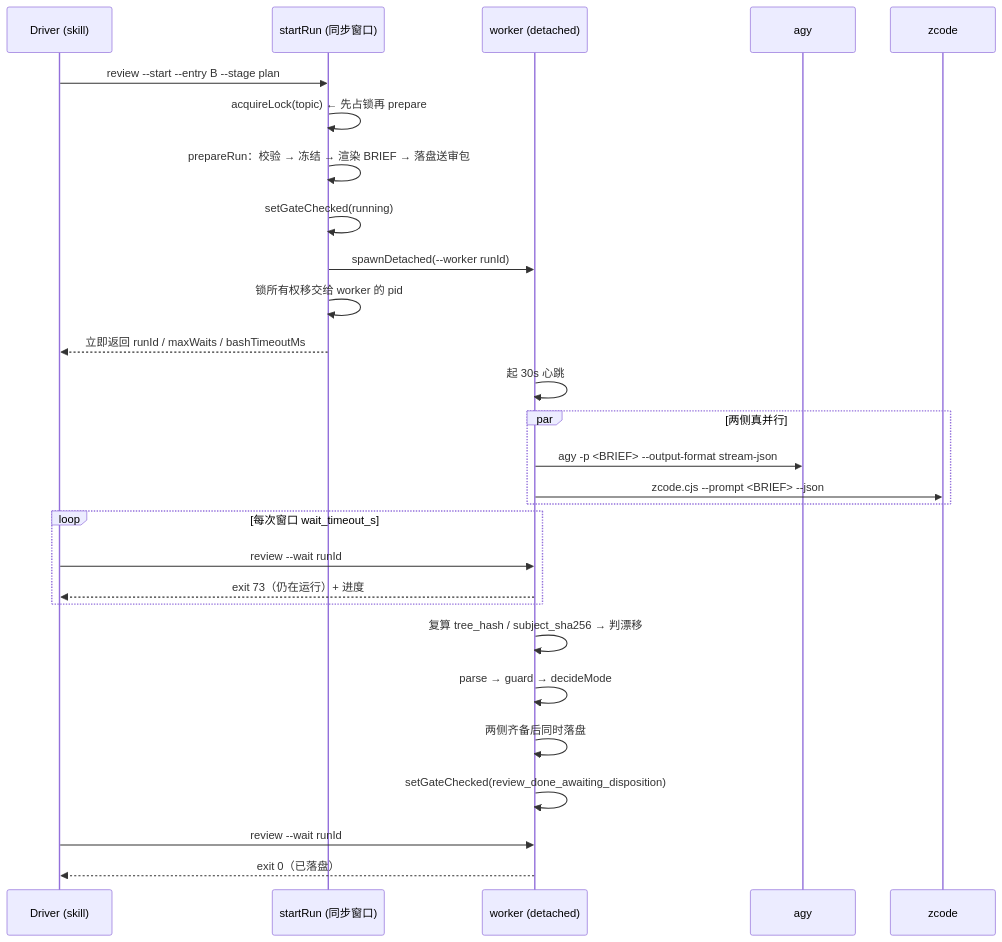
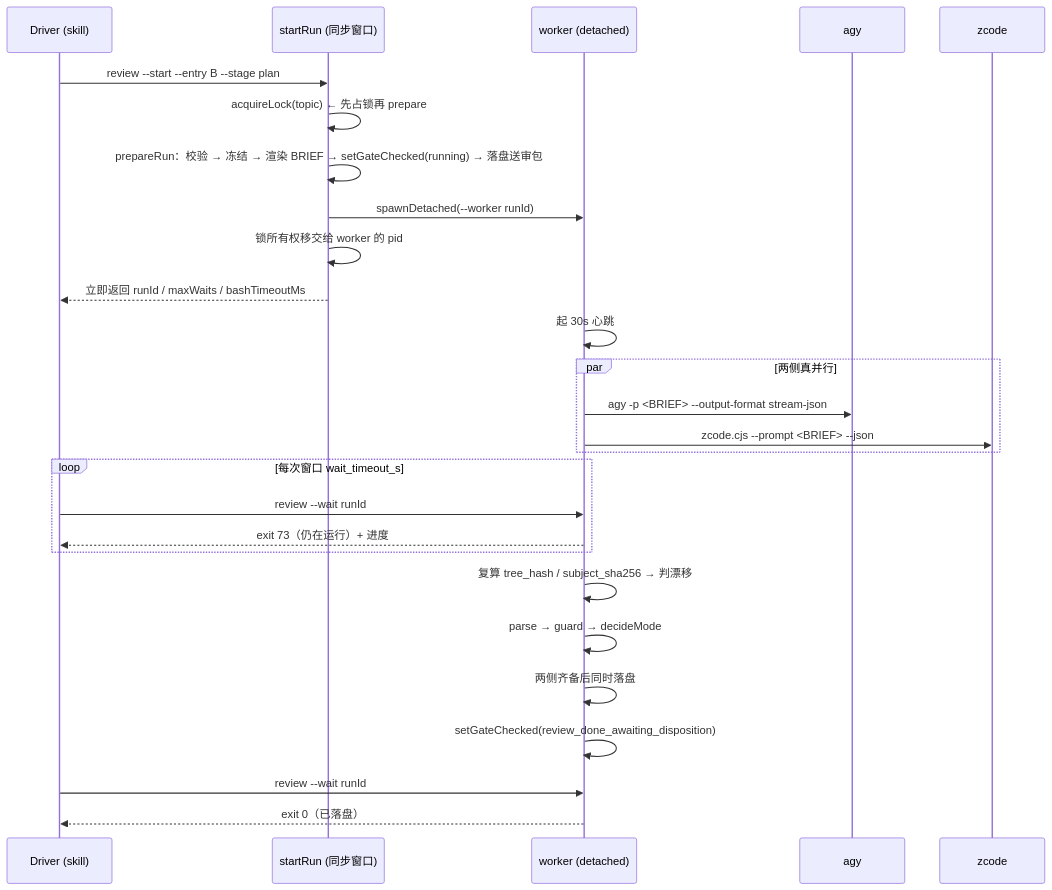
The second of 3 diagrams in doc/02_design/LLD_orchestrator.md (striver2006/TriviumCode), drawn with Mermaid before and after one commit. The commit also changed other lines of this file and 41 other files, not shown here.

````diff
--- a/doc/02_design/LLD_orchestrator.md
+++ b/doc/02_design/LLD_orchestrator.md
@@ -193,31 +194,30 @@
 ```mermaid
 sequenceDiagram
     participant D as Driver (skill)
     participant S as startRun (同步窗口)
     participant W as worker (detached)
     participant A as agy
     participant Z as zcode
 
     D->>S: review --start --entry B --stage plan
     S->>S: acquireLock(topic)  ← 先占锁再 prepare
-    S->>S: prepareRun：校验 → 冻结 → 渲染 BRIEF → 落盘送审包
-    S->>S: setGateChecked(running)
+    S->>S: prepareRun：校验 → 冻结 → 渲染 BRIEF → setGateChecked(running) → 落盘送审包
     S->>W: spawnDetached(--worker runId)
     S->>S: 锁所有权移交给 worker 的 pid
     S-->>D: 立即返回 runId / maxWaits / bashTimeoutMs
     W->>W: 起 30s 心跳
     par 两侧真并行
         W->>A: agy -p <BRIEF> --output-format stream-json
         W->>Z: zcode.cjs --prompt <BRIEF> --json
     end
     loop 每次窗口 wait_timeout_s
         D->>W: review --wait runId
         W-->>D: exit 73（仍在运行）+ 进度
     end
     W->>W: 复算 tree_hash / subject_sha256 → 判漂移
     W->>W: parse → guard → decideMode
     W->>W: 两侧齐备后同时落盘
     W->>W: setGateChecked(review_done_awaiting_disposition)
     D->>W: review --wait runId
     W-->>D: exit 0（已落盘）
 ```
````
